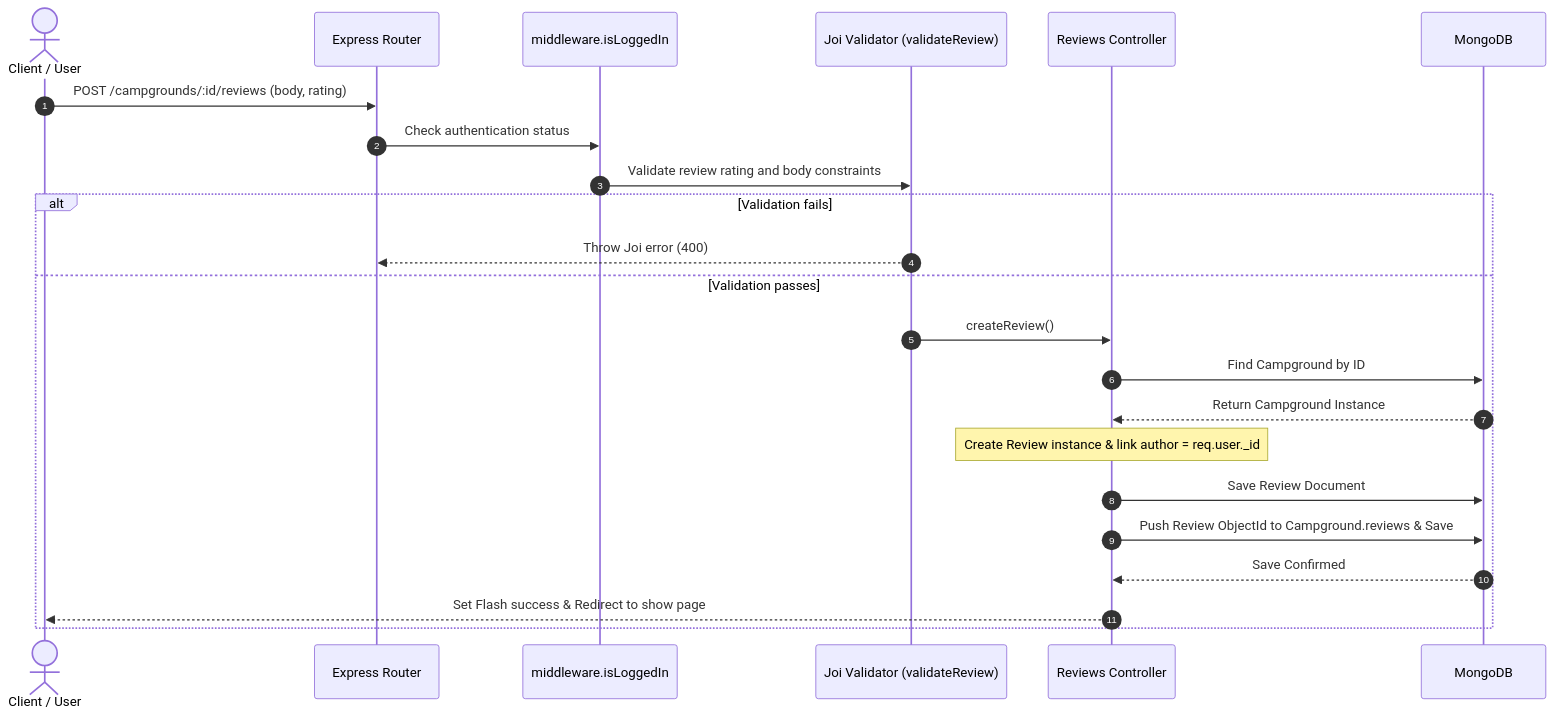
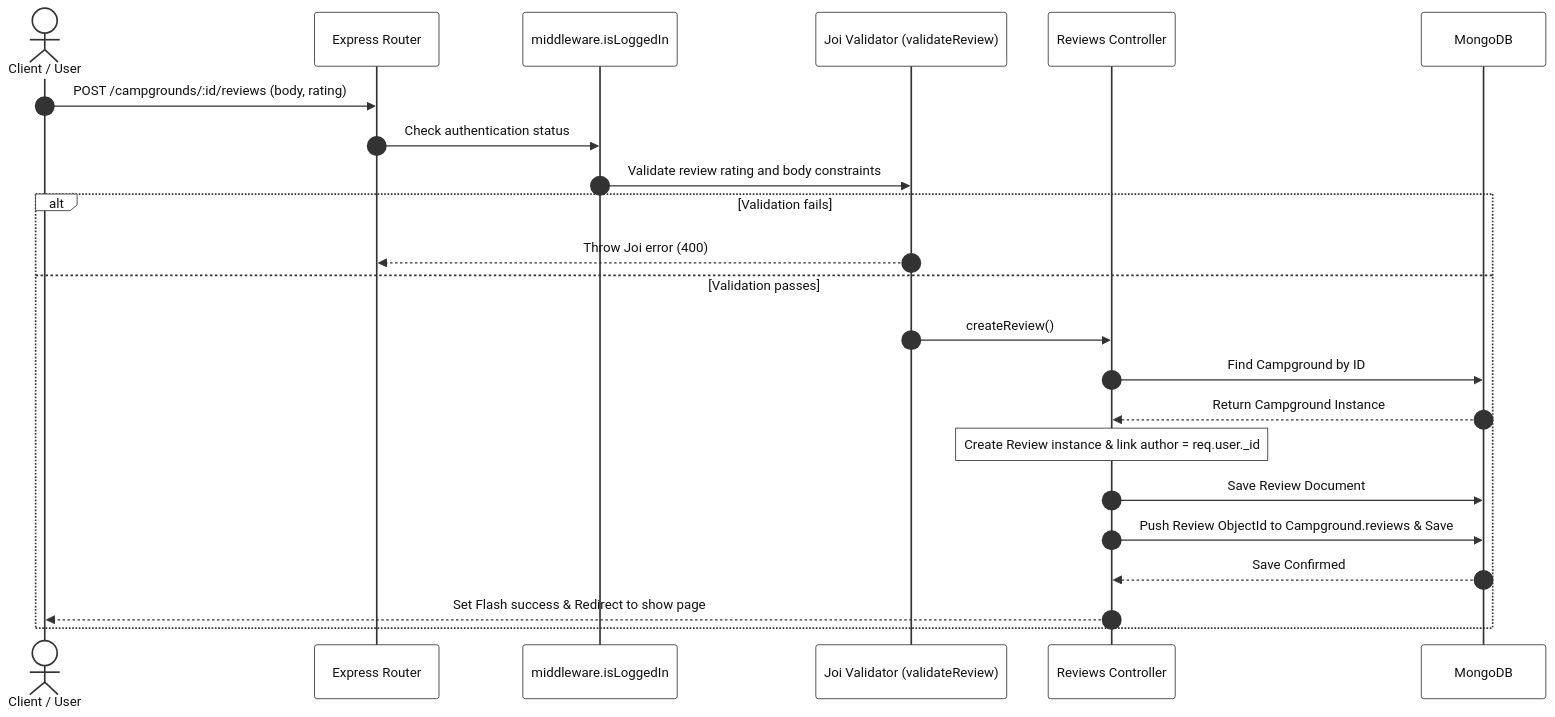
One commit to fearlessfreakk/yelpCamp---Learn-WebDev changed the fifth of 6 diagrams in PROJECT_ARCHITECTURE.md. Above: the diagram before and after it, drawn with Mermaid. The commit also changed other lines of this file, not shown here.

Commit message:
Set white background and increase font size for all architecture diagrams

````diff
--- a/PROJECT_ARCHITECTURE.md
+++ b/PROJECT_ARCHITECTURE.md
@@ -256,26 +260,27 @@
 ```mermaid
+%%{init: {'theme': 'base', 'themeVariables': {'fontSize': '16px', 'fontFamily': 'Arial, sans-serif', 'actorBkg': '#ffffff', 'actorBorder': '#333333', 'actorTextColor': '#111111', 'actorLineColor': '#333333', 'signalColor': '#333333', 'signalTextColor': '#111111', 'labelBoxBkgColor': '#ffffff', 'labelBoxBorderColor': '#333333', 'labelTextColor': '#111111', 'loopTextColor': '#111111', 'noteBkgColor': '#ffffff', 'noteBorderColor': '#333333', 'noteTextColor': '#111111', 'activationBkgColor': '#ffffff', 'activationBorderColor': '#333333', 'sequenceNumberColor': '#333333', 'altSectionBkgColor': '#ffffff'}}}%%
 sequenceDiagram
     autonumber
     actor User as Client / User
     participant Router as Express Router
     participant Mid as middleware.isLoggedIn
     participant Joi as Joi Validator (validateReview)
     participant Controller as Reviews Controller
     participant DB as MongoDB
 
     User->>Router: POST /campgrounds/:id/reviews (body, rating)
     Router->>Mid: Check authentication status
     Mid->>Joi: Validate review rating and body constraints
     alt Validation fails
         Joi-->>Router: Throw Joi error (400)
     else Validation passes
         Joi->>Controller: createReview()
         Controller->>DB: Find Campground by ID
         DB-->>Controller: Return Campground Instance
         Note over Controller: Create Review instance & link author = req.user._id
         Controller->>DB: Save Review Document
         Controller->>DB: Push Review ObjectId to Campground.reviews & Save
         DB-->>Controller: Save Confirmed
         Controller-->>User: Set Flash success & Redirect to show page
     end
 ```
````
